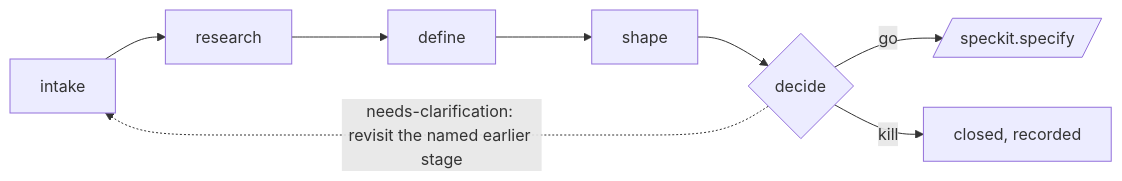
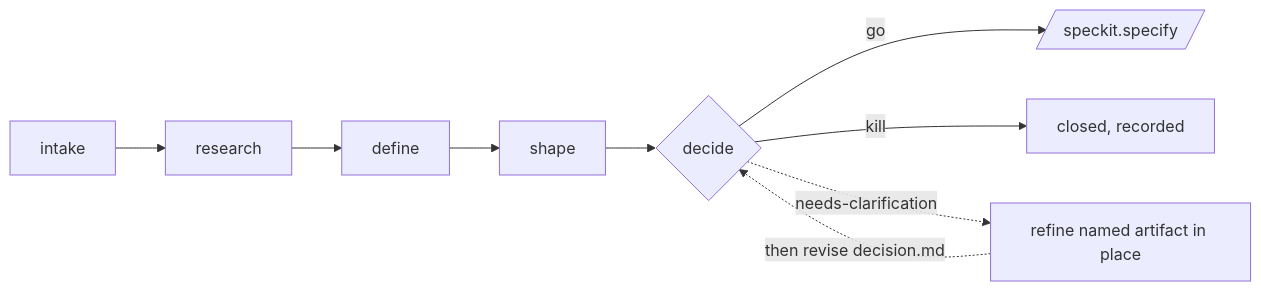
The diagram in .specify/extensions/assess/README.md (MaksimKravchuk/brain_buddy), drawn with Mermaid before and after one commit. The commit also changed other lines of this file and 77 other files, not shown here.

````diff
--- a/.specify/extensions/assess/README.md
+++ b/.specify/extensions/assess/README.md
@@ -24,7 +24,8 @@
 ```mermaid
 flowchart LR
     A[intake] --> R[research] --> D[define] --> S[shape] --> C{decide}
     C -->|go| SPEC[/speckit.specify/]
     C -->|kill| X[closed, recorded]
-    C -.->|needs-clarification: revisit the named earlier stage| A
+    C -.->|needs-clarification| F[refine named artifact in place]
+    F -.->|then revise decision.md| C
 ```
````
